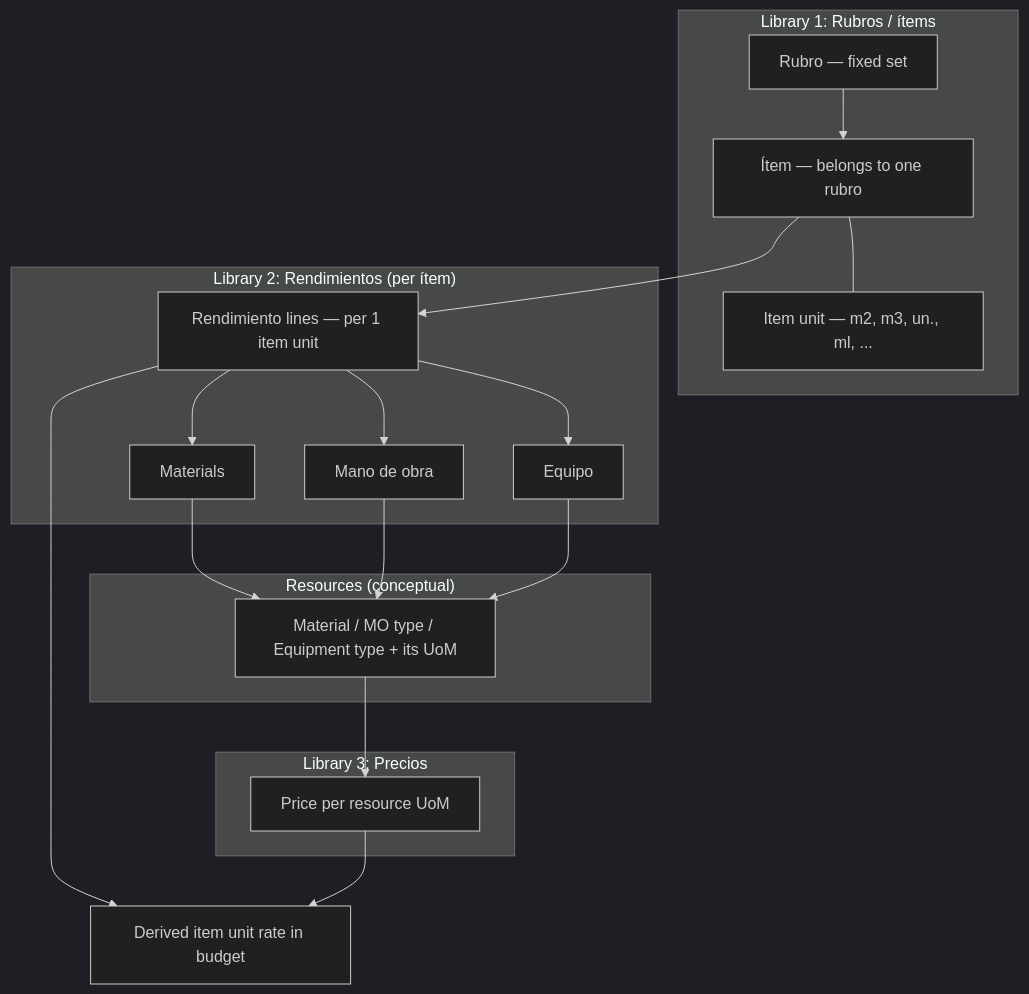
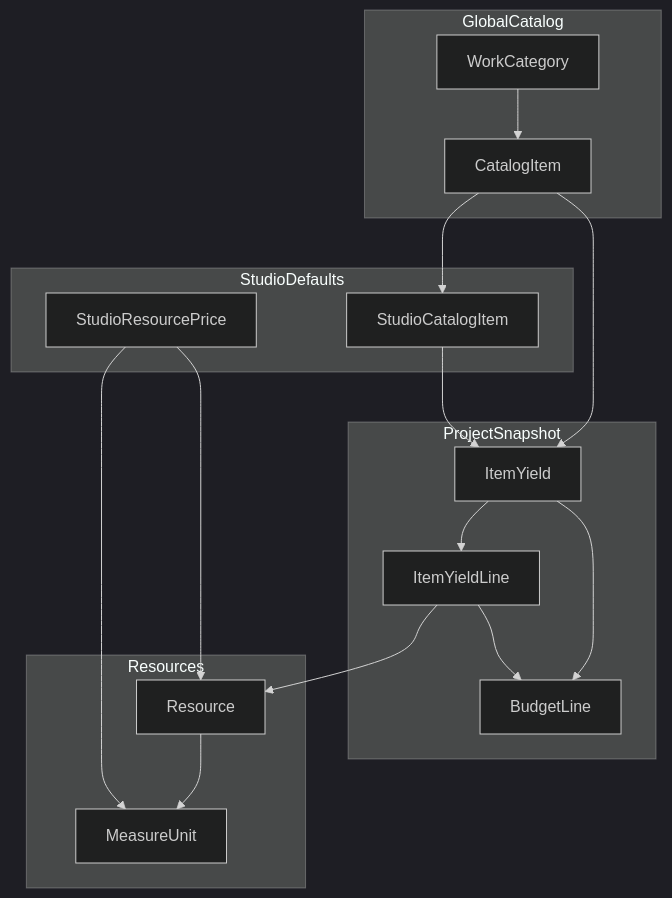
Before and after one commit to site-index/work-files: the diagram in catalog-yields-pricing-model.md, drawn with Mermaid (dark theme). The commit also changed other lines of this file, not shown here.

First line of the commit message:
docs: refine catalog yields pricing model for clarity and structure

````diff
--- a/catalog-yields-pricing-model.md
+++ b/catalog-yields-pricing-model.md
@@ -108,38 +95,35 @@
 ```mermaid
 flowchart TB
-  subgraph rubros_items["Library 1: Rubros / ítems"]
-    R[Rubro — fixed set]
-    I[Ítem — belongs to one rubro]
-    R --> I
-    IU[Item unit — m2, m3, un., ml, ...]
-    I --- IU
+  subgraph catalogLayer [GlobalCatalog]
+    wc[WorkCategory]
+    ci[CatalogItem]
+    wc --> ci
   end
 
-  subgraph rendimientos["Library 2: Rendimientos (per ítem)"]
-    Y[Rendimiento lines — per 1 item unit]
-    MAT[Materials]
-    MO[Mano de obra]
-    EQ[Equipo]
-    Y --> MAT
-    Y --> MO
-    Y --> EQ
+  subgraph studioLayer [StudioDefaults]
+    sci[StudioCatalogItem]
+    srp[StudioResourcePrice]
   end
 
-  subgraph precios["Library 3: Precios"]
-    P[Price per resource UoM]
+  subgraph projectLayer [ProjectSnapshot]
+    iy[ItemYield]
+    iyl[ItemYieldLine]
+    bline[BudgetLine]
+    iy --> iyl
+    iy --> bline
   end
 
-  subgraph resources["Resources (conceptual)"]
-    RES[Material / MO type / Equipment type + its UoM]
+  subgraph resourceLayer [Resources]
+    res[Resource]
+    mu[MeasureUnit]
+    res --> mu
   end
 
-  I --> Y
-  MAT --> RES
-  MO --> RES
-  EQ --> RES
-  RES --> P
-
-  DER[Derived item unit rate in budget]
-  Y --> DER
-  P --> DER
+  ci --> sci
+  ci --> iy
+  sci --> iy
+  iyl --> res
+  srp --> res
+  srp --> mu
+  iyl --> bline
 ```
````
